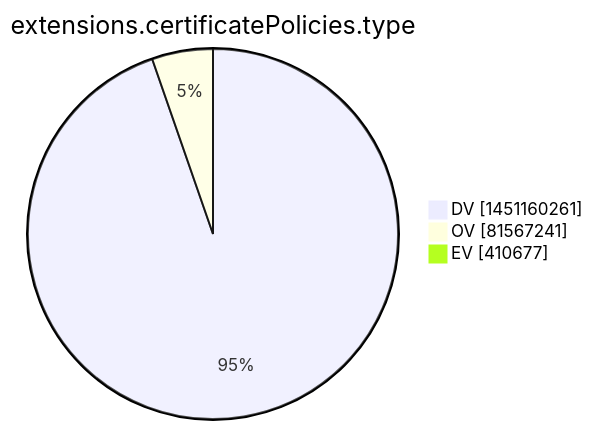
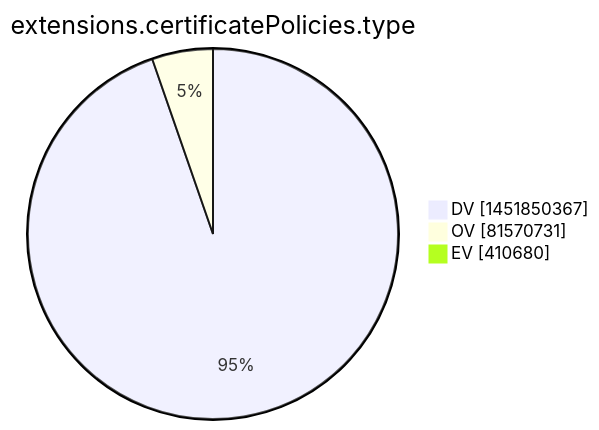
The tenth of 15 diagrams in xenon2022/README.md (christiankrug/ctmonitor_visualization), drawn with Mermaid before and after one commit. The commit also changed other lines of this file, not shown here.

````diff
--- a/xenon2022/README.md
+++ b/xenon2022/README.md
@@ -2870,7 +2870,7 @@
 ```mermaid
 pie showData
 title extensions.certificatePolicies.type
-"DV" :1451160261
-"OV" :81567241
-"EV" :410677
+"DV" :1451850367
+"OV" :81570731
+"EV" :410680
 ```
````
